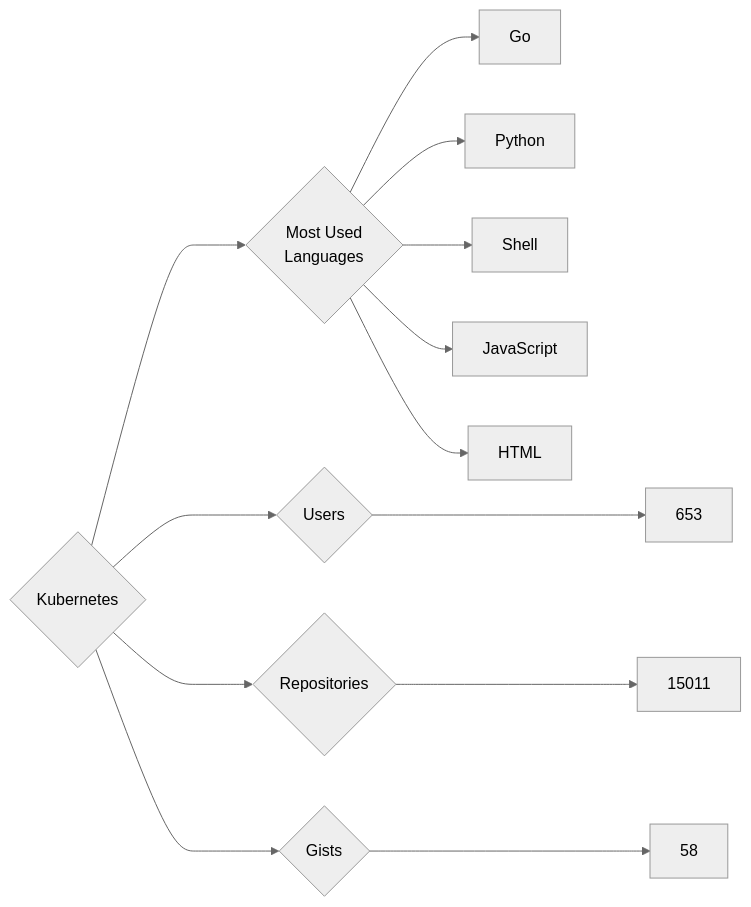
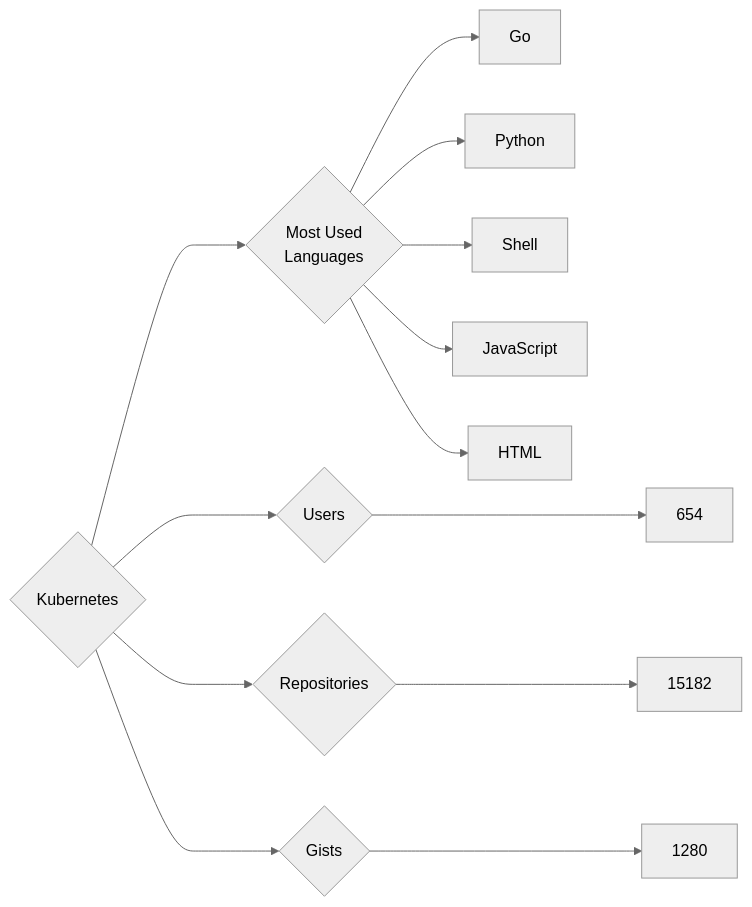
The diagram in targets/Kubernetes/README.md (trickest/insiders), drawn with Mermaid (neutral theme) before and after one commit. The commit also changed 757 other files, not shown here.

````diff
--- a/targets/Kubernetes/README.md
+++ b/targets/Kubernetes/README.md
@@ -3,13 +3,13 @@
 ```mermaid
 graph LR
 COMPANY_NAME{Kubernetes}
-COMPANY_NAME ---> U{Users} ---> UN[653]
-COMPANY_NAME ---> R{Repositories} ---> RN[15011]
-COMPANY_NAME ---> G{Gists} ---> GN[58]
+COMPANY_NAME ---> U{Users} ---> UN[654]
+COMPANY_NAME ---> R{Repositories} ---> RN[15182]
+COMPANY_NAME ---> G{Gists} ---> GN[1280]
 COMPANY_NAME ---> ML{Most Used<br>Languages}
 ML --> Go[Go]
 ML --> Python[Python]
 ML --> Shell[Shell]
 ML --> JavaScript[JavaScript]
 ML --> HTML[HTML]
 ```
````
